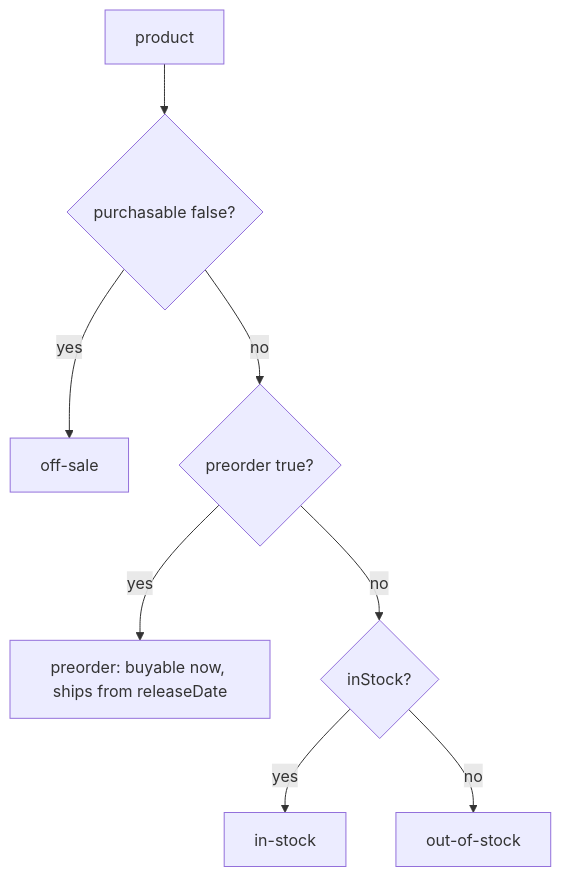
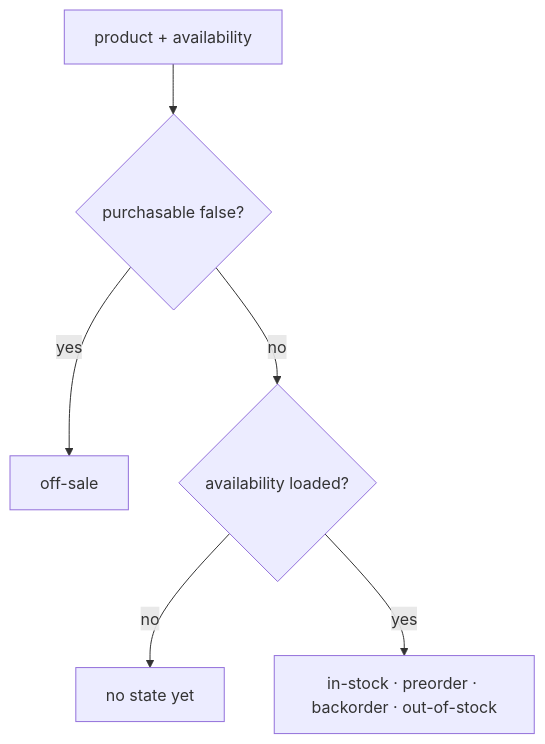
One commit to Guebbit/boilerplate-vue-frontend changed the third of 4 diagrams in docs/modules/products.md. Above: the diagram before and after it, drawn with Mermaid. The commit also changed other lines of this file and 31 other files, not shown here.

First line of the commit message:
feat(products): read stock as its own availability, and repeat array query keys as the contract says

````diff
--- a/docs/modules/products.md
+++ b/docs/modules/products.md
@@ -110,10 +151,8 @@
 ```mermaid
 flowchart TD
-    A[product] --> B{purchasable false?}
+    A[product + availability] --> B{purchasable false?}
     B -- yes --> C[off-sale]
-    B -- no --> D{preorder true?}
-    D -- yes --> E[preorder: buyable now, ships from releaseDate]
-    D -- no --> F{inStock?}
-    F -- yes --> G[in-stock]
-    F -- no --> H[out-of-stock]
+    B -- no --> D{availability loaded?}
+    D -- no --> N[no state yet]
+    D -- yes --> E[in-stock · preorder · backorder · out-of-stock]
 ```
````
